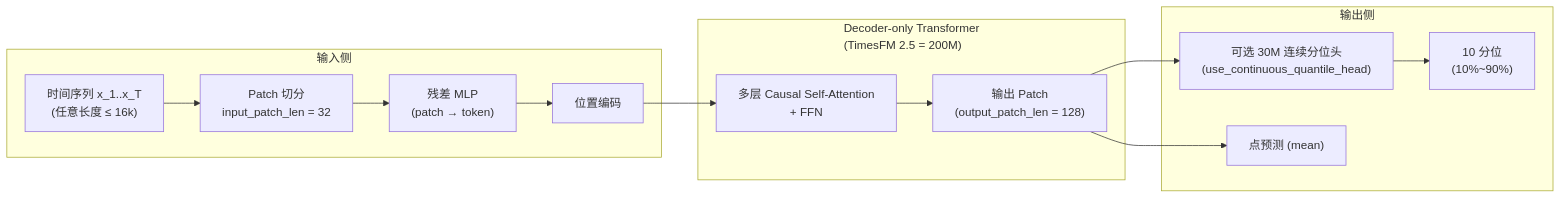
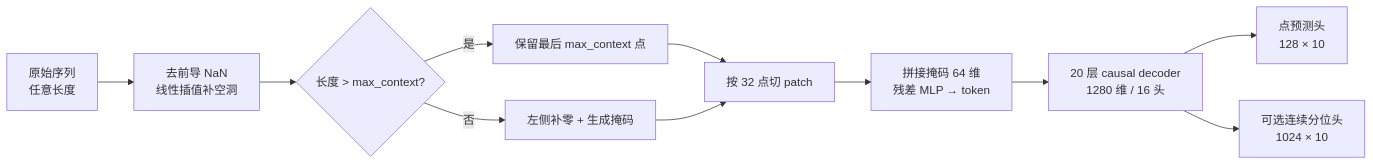
One commit to A1pha3/text-matrix changed the diagram in content/posts/tech/google-research-timesfm-time-series-foundation-model-guide.md. Above: the diagram before and after it, drawn with Mermaid. The commit also changed other lines of this file and 68 other files, not shown here.

````diff
--- a/content/posts/tech/google-research-timesfm-time-series-foundation-model-guide.md
+++ b/content/posts/tech/google-research-timesfm-time-series-foundation-model-guide.md
@@ -63,24 +97,13 @@
 ```mermaid
 flowchart LR
-  subgraph In["输入侧"]
-    TS["时间序列 x_1..x_T<br/>(任意长度 ≤ 16k)"]
-    Patch["Patch 切分<br/>input_patch_len = 32"]
-    ResMLP["残差 MLP<br/>(patch → token)"]
-    PE["位置编码"]
-  end
-
-  subgraph Core["Decoder-only Transformer<br/>(TimesFM 2.5 = 200M)"]
-    Causal["多层 Causal Self-Attention<br/>+ FFN"]
-    OutPatch["输出 Patch<br/>(output_patch_len = 128)"]
-  end
-
-  subgraph Out["输出侧"]
-    QHead["可选 30M 连续分位头<br/>(use_continuous_quantile_head)"]
-    Point["点预测 (mean)"]
-    Quant["10 分位<br/>(10%~90%)"]
-  end
-
-  TS --> Patch --> ResMLP --> PE --> Causal --> OutPatch
-  OutPatch --> Point
-  OutPatch --> QHead --> Quant
+  A["原始序列<br/>任意长度"] --> B["去前导 NaN<br/>线性插值补空洞"]
+  B --> C{"长度 > max_context?"}
+  C -->|是| D["保留最后 max_context 点"]
+  C -->|否| E["左侧补零 + 生成掩码"]
+  D --> F["按 32 点切 patch"]
+  E --> F
+  F --> G["拼接掩码 64 维<br/>残差 MLP → token"]
+  G --> H["20 层 causal decoder<br/>1280 维 / 16 头"]
+  H --> I["点预测头<br/>128 × 10"]
+  H --> J["可选连续分位头<br/>1024 × 10"]
 ```
````
